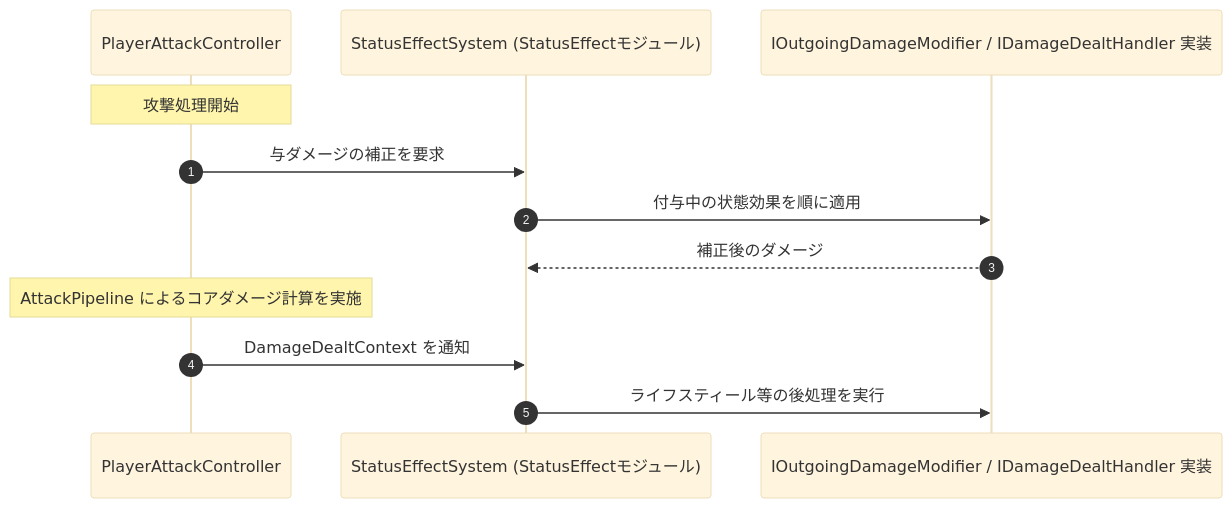
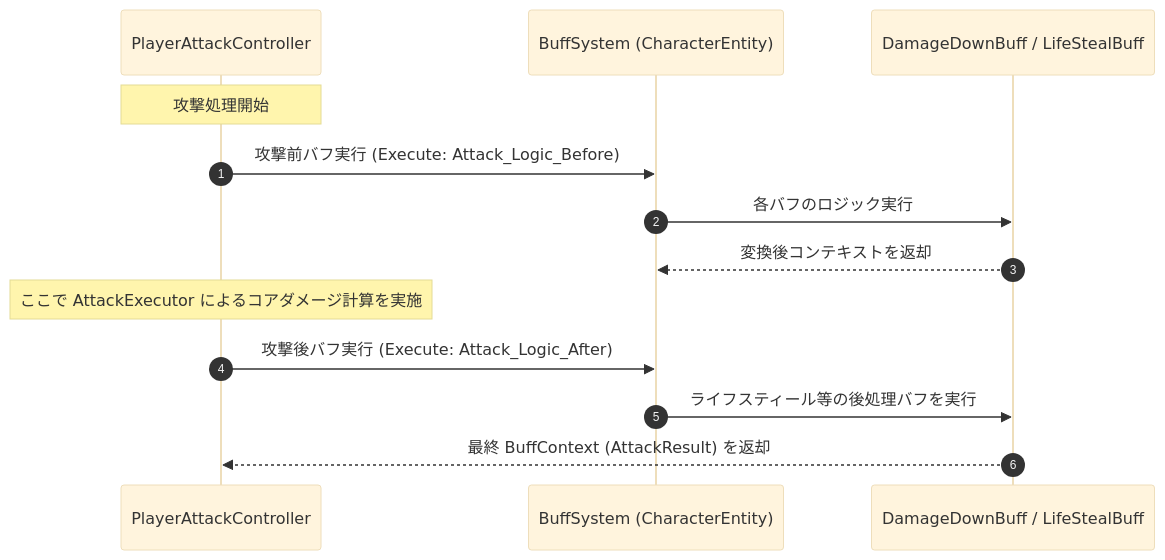
One commit to HIBIKI5201/SymphonyKillChord changed the fourth of 4 diagrams in Assets/Docs/ScriptsDocs/Modules/NotionModuleDocs/Character&Battle.md. Above: the diagram before and after it, drawn with Mermaid (base theme). The commit also changed other lines of this file and 2383 other files, not shown here.

````diff
--- a/Assets/Docs/ScriptsDocs/Modules/NotionModuleDocs/Character&Battle.md
+++ b/Assets/Docs/ScriptsDocs/Modules/NotionModuleDocs/Character&Battle.md
@@ -203,15 +195,16 @@
 ```mermaid
 sequenceDiagram
     autonumber
     participant PAC as PlayerAttackController
-    participant Sys as StatusEffectSystem (StatusEffectモジュール)
-    participant Effect as IOutgoingDamageModifier / IDamageDealtHandler 実装
+    participant BuffSys as BuffSystem (CharacterEntity)
+    participant DABuff as DamageDownBuff / LifeStealBuff
 
     Note over PAC: 攻撃処理開始
-    PAC ->> Sys: 与ダメージの補正を要求
-    Sys ->> Effect: 付与中の状態効果を順に適用
-    Effect -->> Sys: 補正後のダメージ
-    Note over PAC: AttackPipeline によるコアダメージ計算を実施
-    PAC ->> Sys: DamageDealtContext を通知
-    Sys ->> Effect: ライフスティール等の後処理を実行
+    PAC ->> BuffSys: 攻撃前バフ実行 (Execute: Attack_Logic_Before)
+    BuffSys ->> DABuff: 各バフのロジック実行
+    DABuff -->> BuffSys: 変換後コンテキストを返却
+    Note over PAC: ここで AttackExecutor によるコアダメージ計算を実施
+    PAC ->> BuffSys: 攻撃後バフ実行 (Execute: Attack_Logic_After)
+    BuffSys ->> DABuff: ライフスティール等の後処理バフを実行
+    DABuff -->> PAC: 最終 BuffContext (AttackResult) を返却
 ```
````
